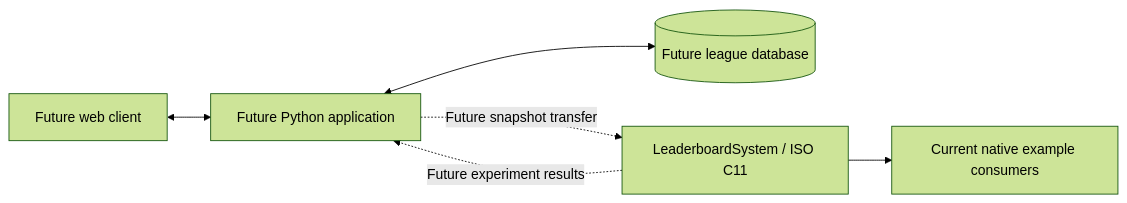
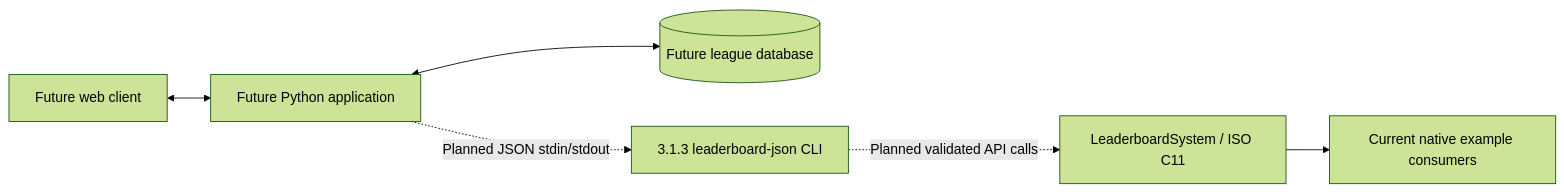
One commit to AlessVolpe/CentralRankingDogma changed the diagram in docs/architecture/system.md. Above: the diagram before and after it, drawn with Mermaid (forest theme). The commit also changed other lines of this file and 39 other files, not shown here.

Commit message:
docs(integration): define versioned JSON CLI contract and fixtures (#24)

````diff
--- a/docs/architecture/system.md
+++ b/docs/architecture/system.md
@@ -5,8 +5,8 @@
 ```mermaid
 flowchart LR
     UI["Future web client"] <--> PY["Future Python application"]
     PY <--> DB[(Future league database)]
-    PY -.->|Future snapshot transfer| C["LeaderboardSystem / ISO C11"]
-    C -.->|Future experiment results| PY
+    PY -.->|Planned JSON stdin/stdout| TRANSPORT["3.1.3 leaderboard-json CLI"]
+    TRANSPORT -.->|Planned validated API calls| C["LeaderboardSystem / ISO C11"]
     C --> CLI["Current native example consumers"]
 ```
````
